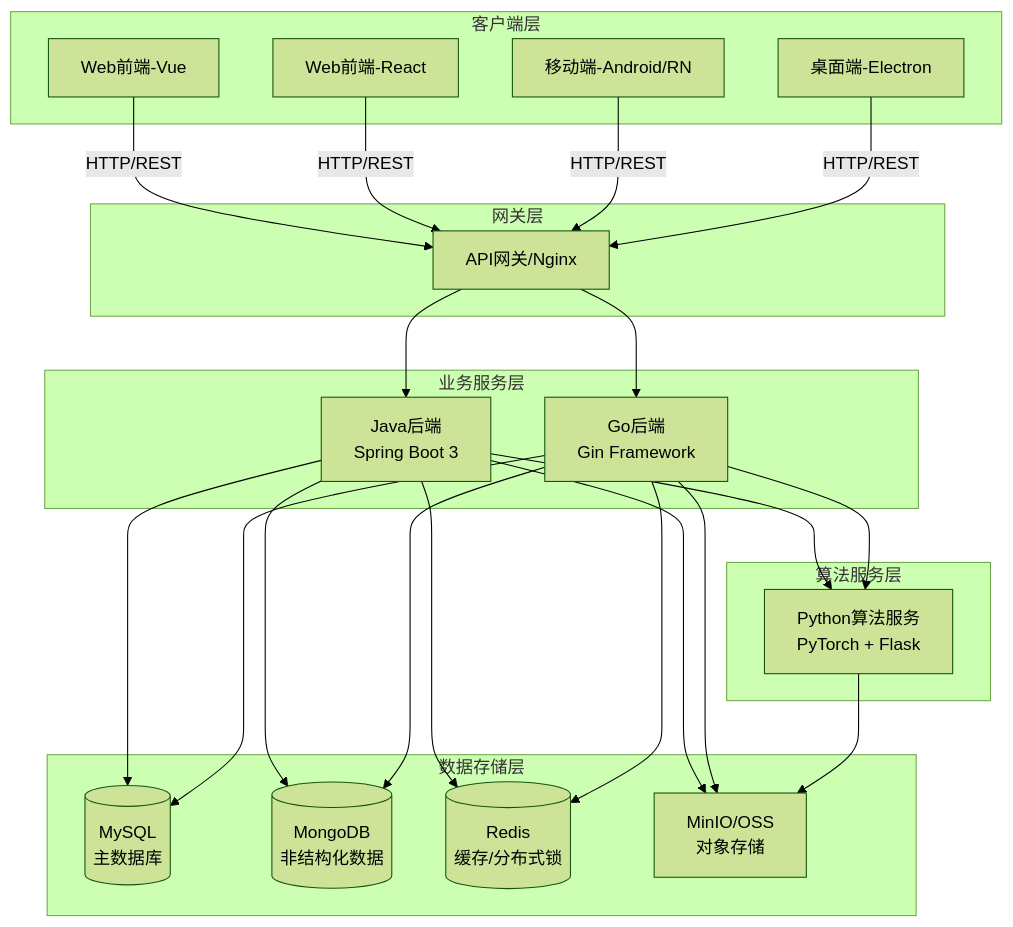
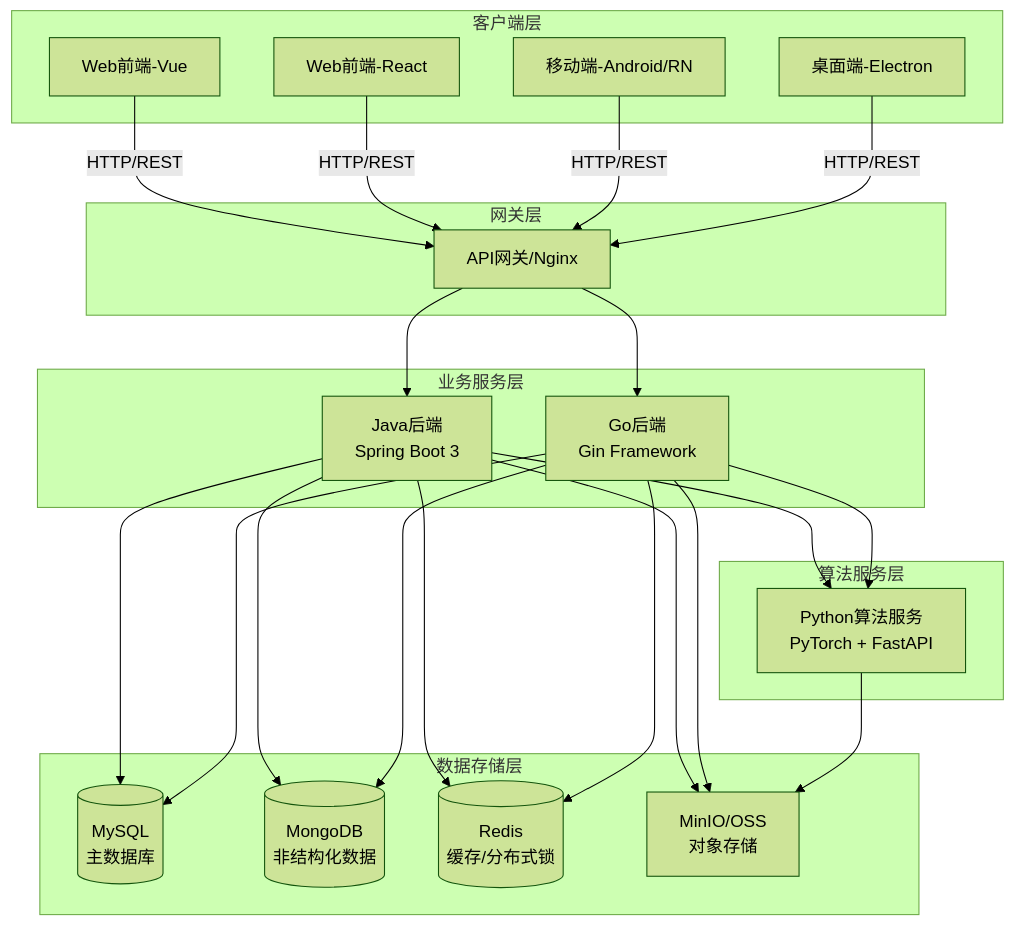
One commit to earthy-zinc/dehaze-system changed the diagram in README.md. Above: the diagram before and after it, drawn with Mermaid (forest theme). The commit also changed other lines of this file and 25 other files, not shown here.

````diff
--- a/README.md
+++ b/README.md
@@ -40,35 +40,35 @@
 ```mermaid
 graph TB
     subgraph 客户端层
         A1[Web前端-Vue] 
         A2[Web前端-React]
         A3[移动端-Android/RN]
         A4[桌面端-Electron]
     end
     
     subgraph 网关层
         B[API网关/Nginx]
     end
     
     subgraph 业务服务层
         C1[Java后端<br/>Spring Boot 3]
         C2[Go后端<br/>Gin Framework]
     end
     
     subgraph 算法服务层
-        D[Python算法服务<br/>PyTorch + Flask]
+        D[Python算法服务<br/>PyTorch + FastAPI]
     end
     
     subgraph 数据存储层
         E1[(MySQL<br/>主数据库)]
         E2[(MongoDB<br/>非结构化数据)]
         E3[(Redis<br/>缓存/分布式锁)]
         E4[MinIO/OSS<br/>对象存储]
     end
     
     A1 & A2 & A3 & A4 -->|HTTP/REST| B
     B --> C1 & C2
     C1 & C2 --> D
     C1 & C2 --> E1 & E2 & E3 & E4
     D --> E4
 ```
````
